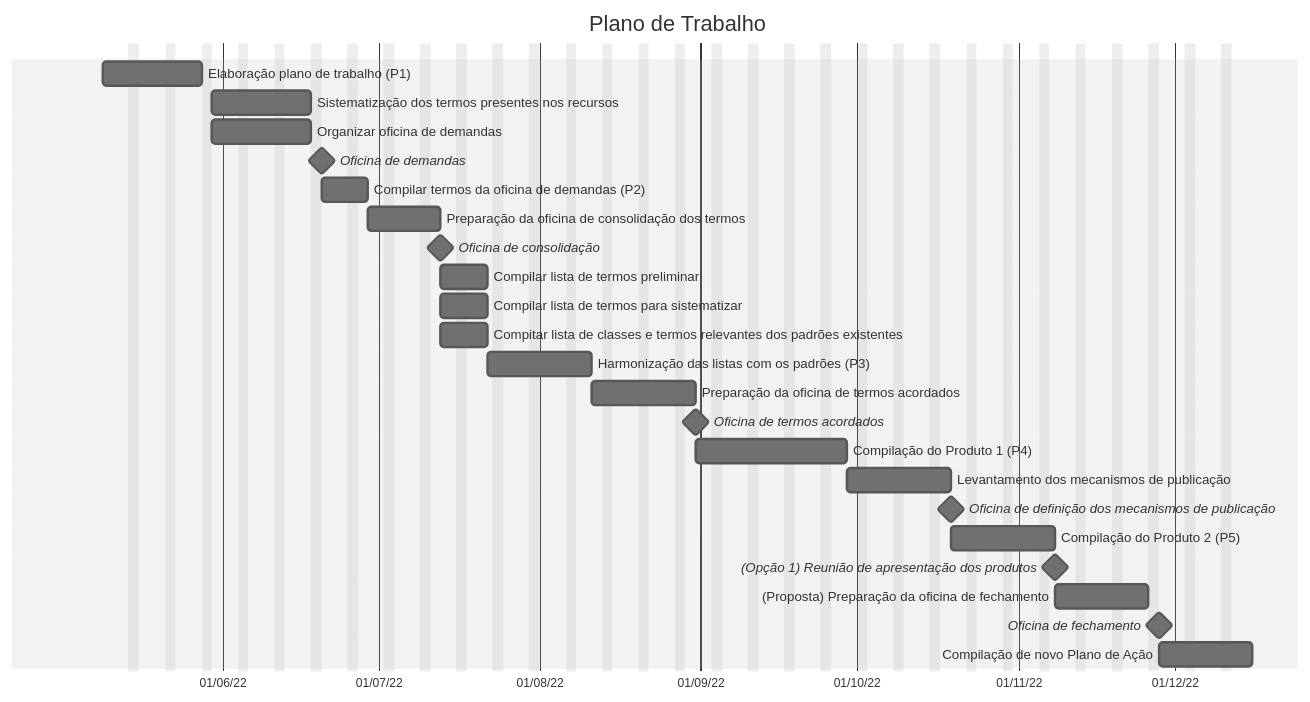
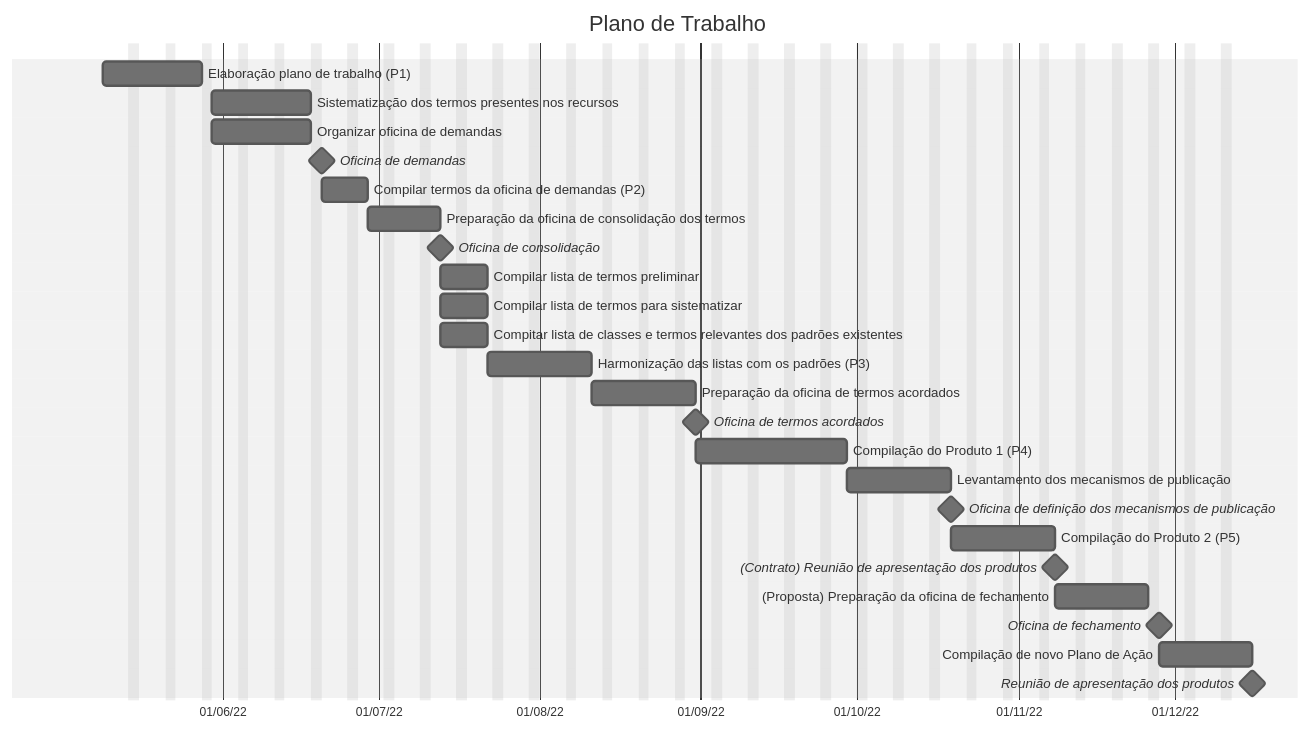
One commit to jlanna/MMA-Ameacadas changed the diagram in plano-de-trabalho/gantt.md. Above: the diagram before and after it, drawn with Mermaid (neutral theme).

Commit message:
Inclusão reunião de conclusão.

````diff
--- a/plano-de-trabalho/gantt.md
+++ b/plano-de-trabalho/gantt.md
@@ -1,29 +1,30 @@
 ```mermaid
 gantt
     dateFormat DD/MM/YY
     axisFormat  %d/%m/%y
     todayMarker on
     title Plano de Trabalho
     excludes weekends
     Elaboração plano de trabalho (P1): t0, 09/05/22, 15d
     Sistematização dos termos presentes nos recursos :t1, after t0, 15d
     Organizar oficina de demandas :t2, after t0, 15d
     Oficina de demandas :milestone,0d
     Compilar termos da oficina de demandas (P2) :t3, after t2, 1w
     Preparação da oficina de consolidação dos termos :t4, after t3, 10d
     Oficina de consolidação :milestone,0d
     Compilar lista de termos preliminar :t5, after t4, 1w
     Compilar lista de termos para sistematizar :t6, after t4, 1w
     Compitar lista de classes e termos relevantes dos padrões existentes :t7, after t4, 1w
     Harmonização das listas com os padrões (P3):t8, after t5 t6 t7, 2w
     Preparação da oficina de termos acordados :t9, after t8, 2w
     Oficina de termos acordados :milestone, 0d
     Compilação do Produto 1 (P4) :t10, after t9, 3w
     Levantamento dos mecanismos de publicação :t11, after t10, 2w
     Oficina de definição dos mecanismos de publicação :milestone, 0d
     Compilação do Produto 2 (P5) :t12, after t11, 2w
-    (Opção 1) Reunião de apresentação dos produtos :milestone, 0d
+    (Contrato) Reunião de apresentação dos produtos :milestone, 0d
     (Proposta) Preparação da oficina de fechamento:t13, after t12, 2w
     Oficina de fechamento :milestone, 0d
-    Compilação de novo Plano de Ação:t14, after t13, 2w
+    Compilação de novo Plano de Ação:t14 (P6), after t13, 2w
+    Reunião de apresentação dos produtos :milestone, 0d
 ```
````
